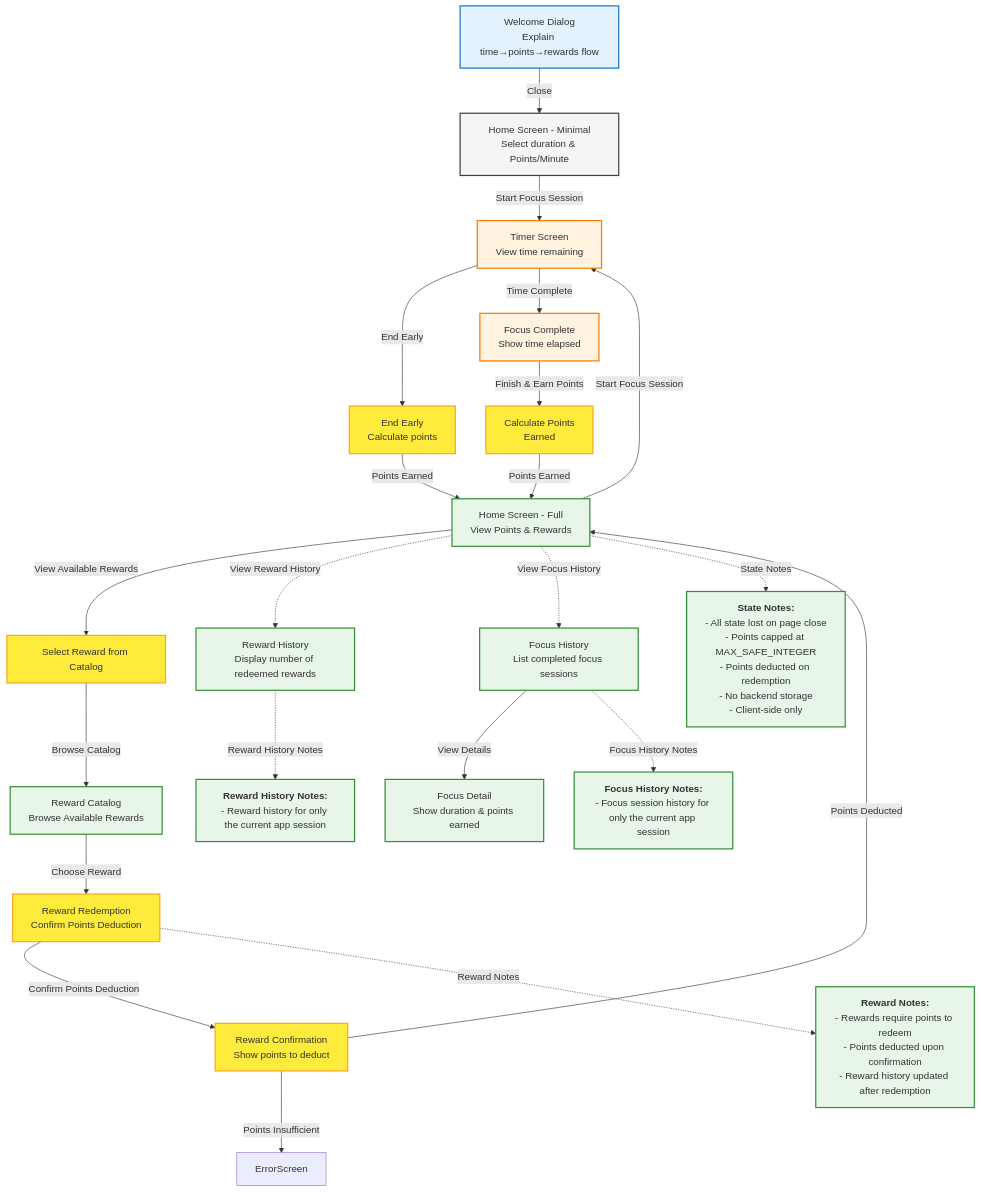
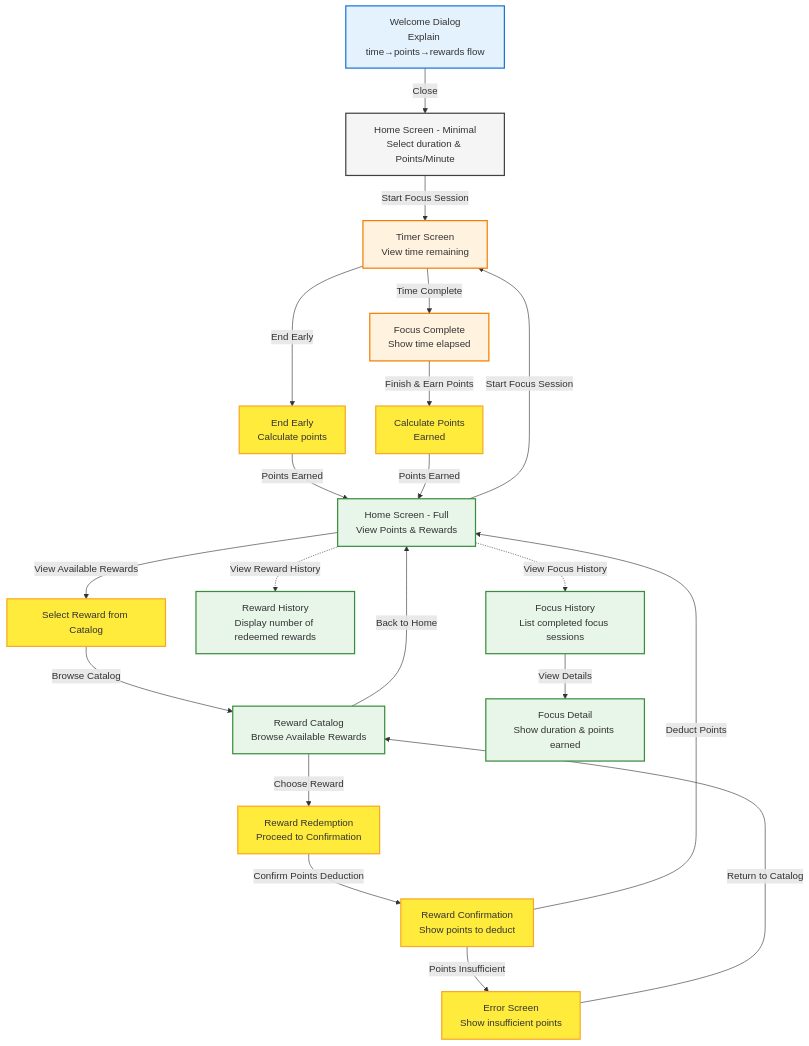
Before and after one commit to michellekli/PomoExchange: the first of 2 diagrams in design.md, drawn with Mermaid.

Commit message:
Fix reward paths and add error node

````diff
--- a/design.md
+++ b/design.md
@@ -64,80 +64,74 @@
 ```mermaid
 flowchart TD
    %% Define styles
    classDef welcome fill:#e3f2fd,stroke:#1976d2,stroke-width:2px
    classDef homeMinimal fill:#f5f5f5,stroke:#424242,stroke-width:2px
    classDef timer fill:#fff3e0,stroke:#f57c00,stroke-width:2px
    classDef homeFull fill:#e8f5e9,stroke:#388e3c,stroke-width:2px
    classDef action fill:#ffeb3b,stroke:#f9a825,stroke-width:2px
 
    %% Welcome Dialog
    Welcome[Welcome Dialog<br/>Explain time→points→rewards flow]:::welcome
    Welcome -->|Close| HomeMinimal
 
    %% Home Screen - Minimal
    HomeMinimal[Home Screen - Minimal<br/>Select duration & Points/Minute]:::homeMinimal
    HomeMinimal -->|Start Focus Session| Timer
 
    %% Timer Screen
    Timer[Timer Screen<br/>View time remaining]:::timer
    Timer -->|End Early| EndEarly
    Timer -->|Time Complete| Complete
 
    %% End Early Path
    EndEarly[End Early<br/>Calculate points]:::action
    EndEarly -->|Points Earned| HomeFull
 
    %% Complete Path
    Complete[Focus Complete<br/>Show time elapsed]:::timer
    Complete -->|Finish & Earn Points| EarnPoints
 
    %% Earn Points Path
    EarnPoints[Calculate Points<br/>Earned]:::action
    EarnPoints -->|Points Earned| HomeFull
 
    %% Home Screen - Full
    HomeFull[Home Screen - Full<br/>View Points & Rewards]:::homeFull
    HomeFull -->|Start Focus Session| Timer
    HomeFull -->|View Available Rewards| RewardSelection
 
    %% Reward Selection Path
    RewardSelection[Select Reward from Catalog]:::action
    RewardSelection -->|Browse Catalog| RewardCatalog
 
    %% Reward Catalog
    RewardCatalog[Reward Catalog<br/>Browse Available Rewards]:::homeFull
    RewardCatalog -->|Choose Reward| RewardRedemption
+   RewardCatalog -->|Back to Home| HomeFull
 
    %% Reward Redemption Path
-   RewardRedemption[Reward Redemption<br/>Confirm Points Deduction]:::action
+   RewardRedemption[Reward Redemption<br/>Proceed to Confirmation]:::action
    RewardRedemption -->|Confirm Points Deduction| RewardConfirmation
 
    %% Reward Confirmation Path
    RewardConfirmation[Reward Confirmation<br/>Show points to deduct]:::action
    RewardConfirmation -->|Points Insufficient| ErrorScreen
-   RewardConfirmation -->|Points Deducted| HomeFull
+   RewardConfirmation -->|Deduct Points| HomeFull
+
+   %% Error Screen Path
+   ErrorScreen[Error Screen<br/>Show insufficient points]:::action
+   ErrorScreen -->|Return to Catalog| RewardCatalog
 
    %% Reward History
    HomeFull -.->|View Reward History| RewardHistory
    HomeFull -.->|View Focus History| FocusHistory
 
    %% Reward History
    RewardHistory[Reward History<br/>Display number of redeemed rewards]:::homeFull
 
    %% Focus History
    FocusHistory[Focus History<br/>List completed focus sessions]:::homeFull
    FocusHistory -->|View Details| FocusDetail
    FocusDetail[Focus Detail<br/>Show duration & points earned]:::homeFull
 
-   %% State Notes
-   note1[<b>State Notes:</b><br/>- All state lost on page close<br/>- Points capped at MAX_SAFE_INTEGER<br/>- Points deducted on redemption<br/>- No backend storage<br/>- Client-side only]:::homeFull
-   note2[<b>Reward Notes:</b><br/>- Rewards require points to redeem<br/>- Points deducted upon confirmation<br/>- Reward history updated after redemption]:::homeFull
-   note3[<b>Reward History Notes:</b><br/>- Reward history for only the current app session]:::homeFull
-   note4[<b>Focus History Notes:</b><br/>- Focus session history for only the current app session]:::homeFull
-
-   %% Connect notes
-   HomeFull -.->|State Notes| note1
-   RewardRedemption -.->|Reward Notes| note2
-   RewardHistory -.->|Reward History Notes| note3
-   FocusHistory -.->|Focus History Notes| note4
 ```
````
